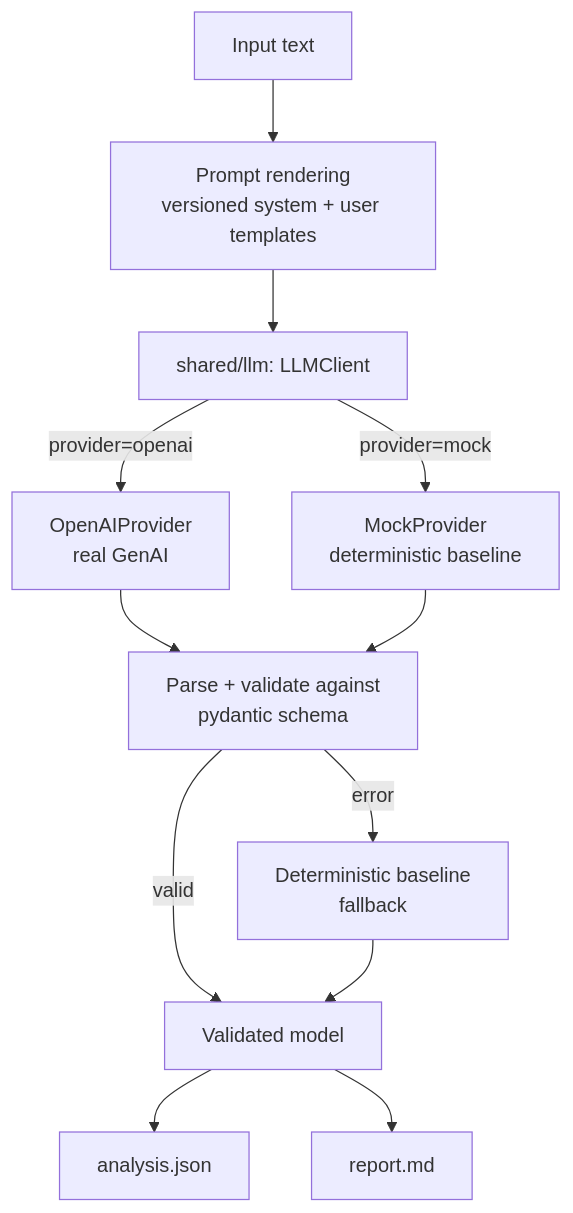
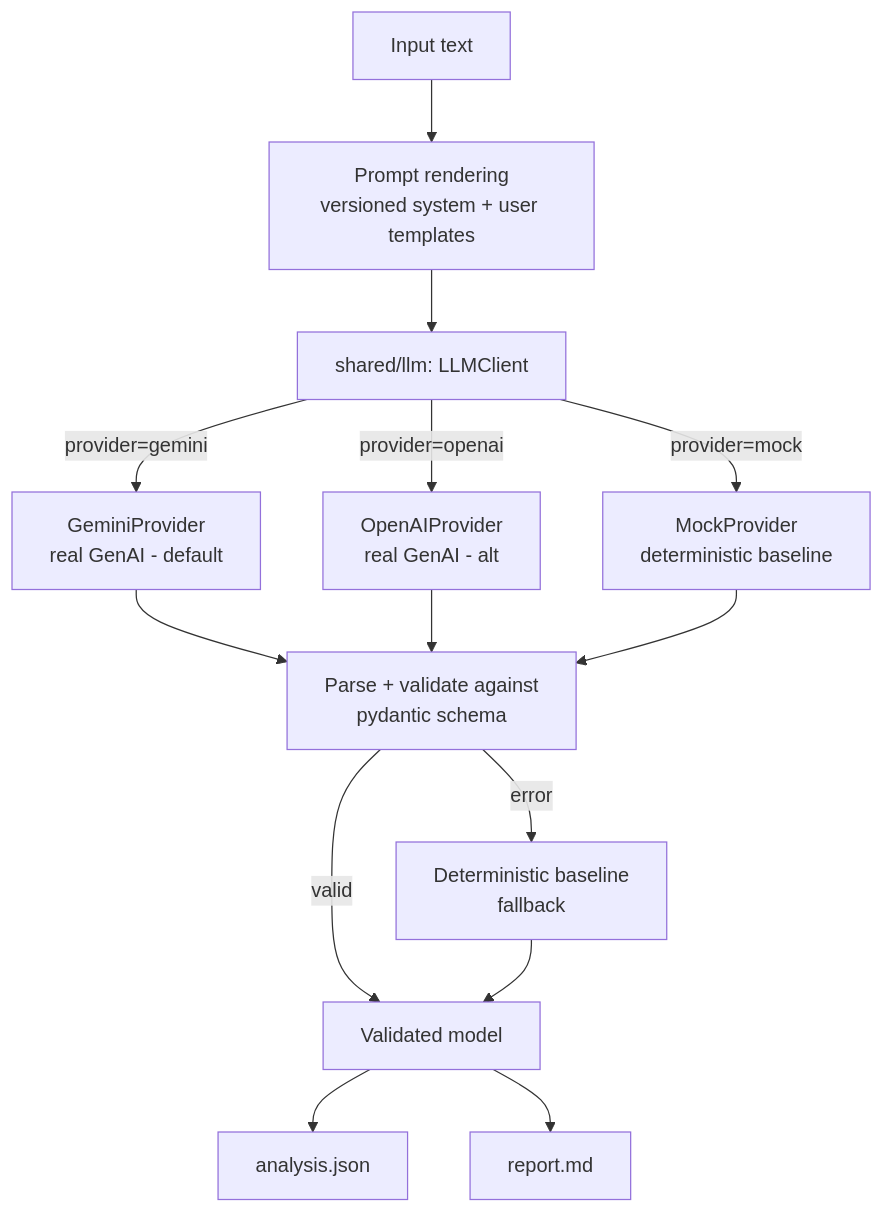
Before and after one commit to nicolyyr/bradesco-bbi-ai-challenge: the diagram in README.md, drawn with Mermaid. The commit also changed other lines of this file and 11 other files, not shown here.

First line of the commit message:
Add Google Gemini as default LLM provider (free tier)

````diff
--- a/README.md
+++ b/README.md
@@ -69,14 +71,16 @@
 ```mermaid
 flowchart TD
     IN[Input text] --> R[Prompt rendering<br/>versioned system + user templates]
     R --> CL[shared/llm: LLMClient]
-    CL -->|provider=openai| OAI[OpenAIProvider<br/>real GenAI]
+    CL -->|provider=gemini| GEM[GeminiProvider<br/>real GenAI - default]
+    CL -->|provider=openai| OAI[OpenAIProvider<br/>real GenAI - alt]
     CL -->|provider=mock| MK[MockProvider<br/>deterministic baseline]
-    OAI --> V[Parse + validate against<br/>pydantic schema]
+    GEM --> V[Parse + validate against<br/>pydantic schema]
+    OAI --> V
     MK --> V
     V -->|valid| OUT[Validated model]
     V -->|error| FB[Deterministic baseline<br/>fallback]
     FB --> OUT
     OUT --> J[analysis.json]
     OUT --> MD[report.md]
 ```
````
